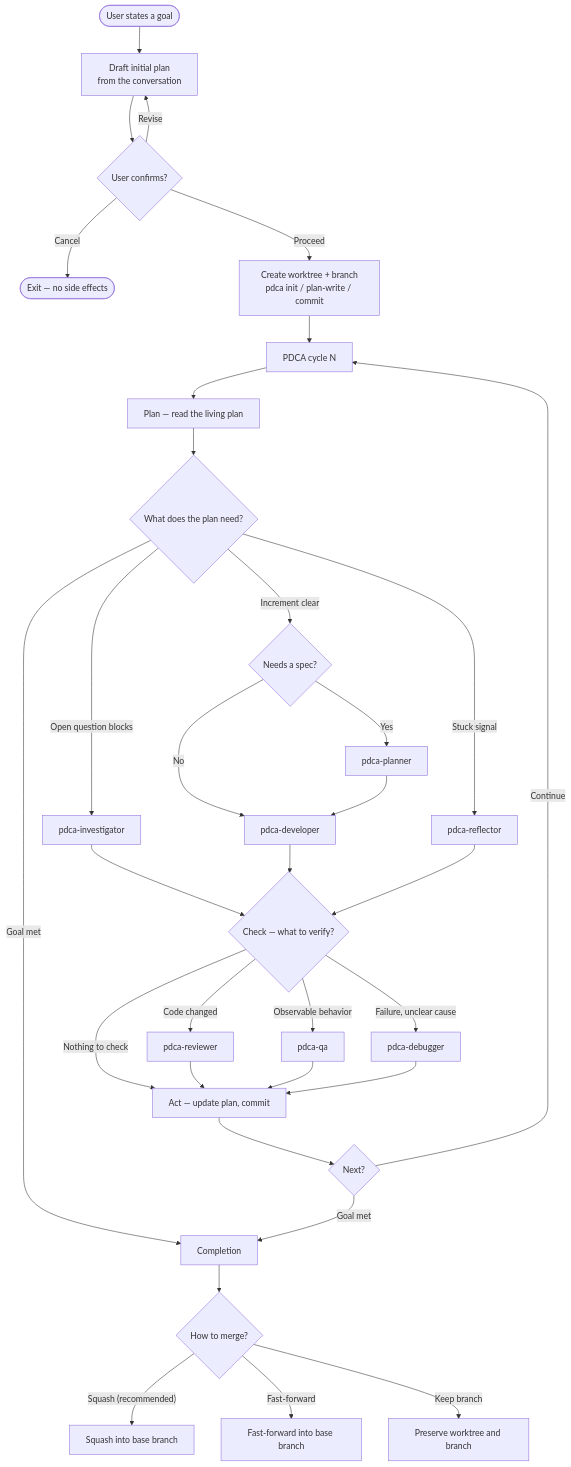
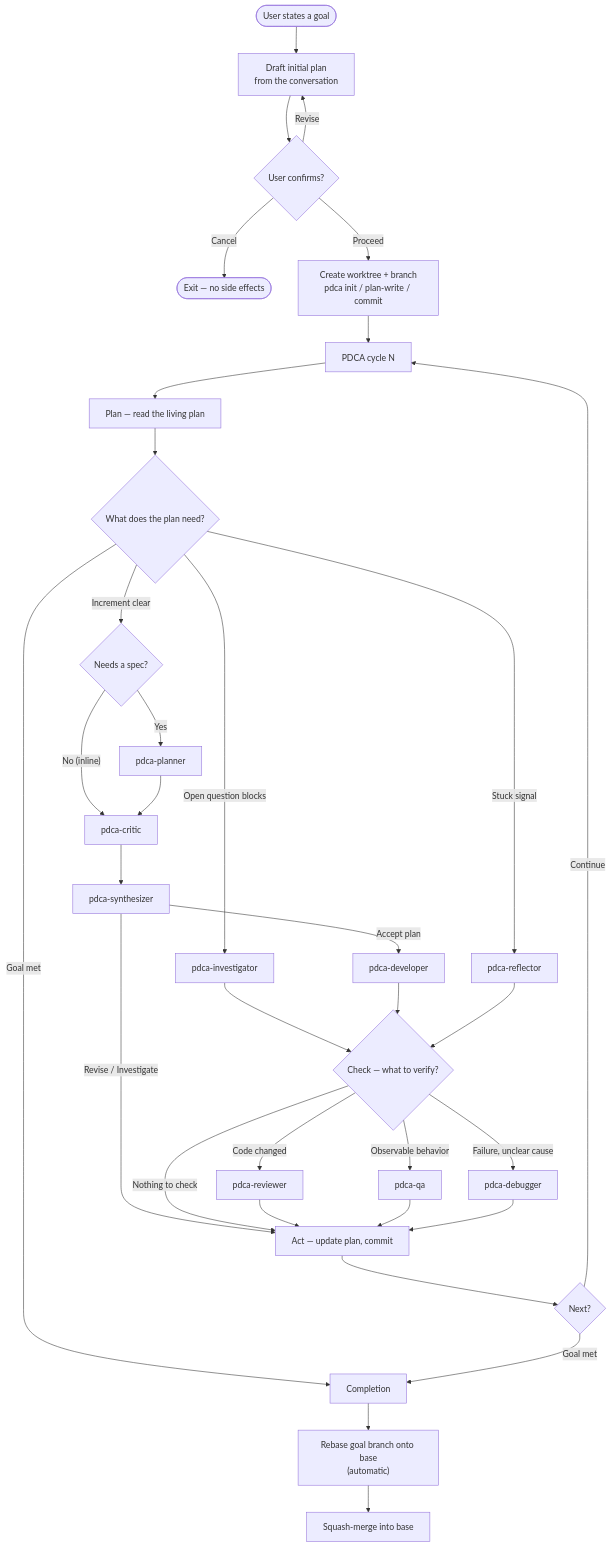
Before and after one commit to dkoontz/minimal-agent-orchestrator: the diagram in README.md, drawn with Mermaid. The commit also changed other lines of this file and 5 other files, not shown here.

````diff
--- a/README.md
+++ b/README.md
@@ -38,43 +40,44 @@
 ```mermaid
 flowchart TD
     Start([User states a goal]) --> Draft["Draft initial plan<br/>from the conversation"]
     Draft --> Confirm{"User confirms?"}
     Confirm -->|"Revise"| Draft
     Confirm -->|"Cancel"| Stop(["Exit — no side effects"])
     Confirm -->|"Proceed"| Bootstrap["Create worktree + branch<br/>pdca init / plan-write / commit"]
 
     Bootstrap --> Loop["PDCA cycle N"]
     Loop --> Plan["Plan — read the living plan"]
     Plan --> PlanChoice{"What does the plan need?"}
     PlanChoice -->|"Open question blocks"| Investigator[pdca-investigator]
     PlanChoice -->|"Increment clear"| NeedsSpecification{"Needs a spec?"}
     PlanChoice -->|"Stuck signal"| Reflector[pdca-reflector]
     PlanChoice -->|"Goal met"| Completion[Completion]
 
     NeedsSpecification -->|"Yes"| Planner[pdca-planner]
-    NeedsSpecification -->|"No"| Developer[pdca-developer]
-    Planner --> Developer
+    NeedsSpecification -->|"No (inline)"| Critic[pdca-critic]
+    Planner --> Critic
+    Critic --> Synthesizer[pdca-synthesizer]
+    Synthesizer -->|"Accept plan"| Developer[pdca-developer]
+    Synthesizer -->|"Revise / Investigate"| Act
 
     Investigator --> Check
     Developer --> Check
     Reflector --> Check
 
     Check{"Check — what to verify?"}
     Check -->|"Code changed"| Reviewer[pdca-reviewer]
     Check -->|"Observable behavior"| QA[pdca-qa]
     Check -->|"Failure, unclear cause"| Debugger[pdca-debugger]
     Check -->|"Nothing to check"| Act
 
     Reviewer --> Act
     QA --> Act
     Debugger --> Act
 
     Act["Act — update plan, commit"] --> Decide{"Next?"}
     Decide -->|"Continue"| Loop
     Decide -->|"Goal met"| Completion
 
-    Completion --> Merge{"How to merge?"}
-    Merge -->|"Squash (recommended)"| Squash["Squash into base branch"]
-    Merge -->|"Fast-forward"| FastForward["Fast-forward into base branch"]
-    Merge -->|"Keep branch"| Keep["Preserve worktree and branch"]
+    Completion --> Rebase["Rebase goal branch onto base<br/>(automatic)"]
+    Rebase --> Squash["Squash-merge into base"]
 ```
````
